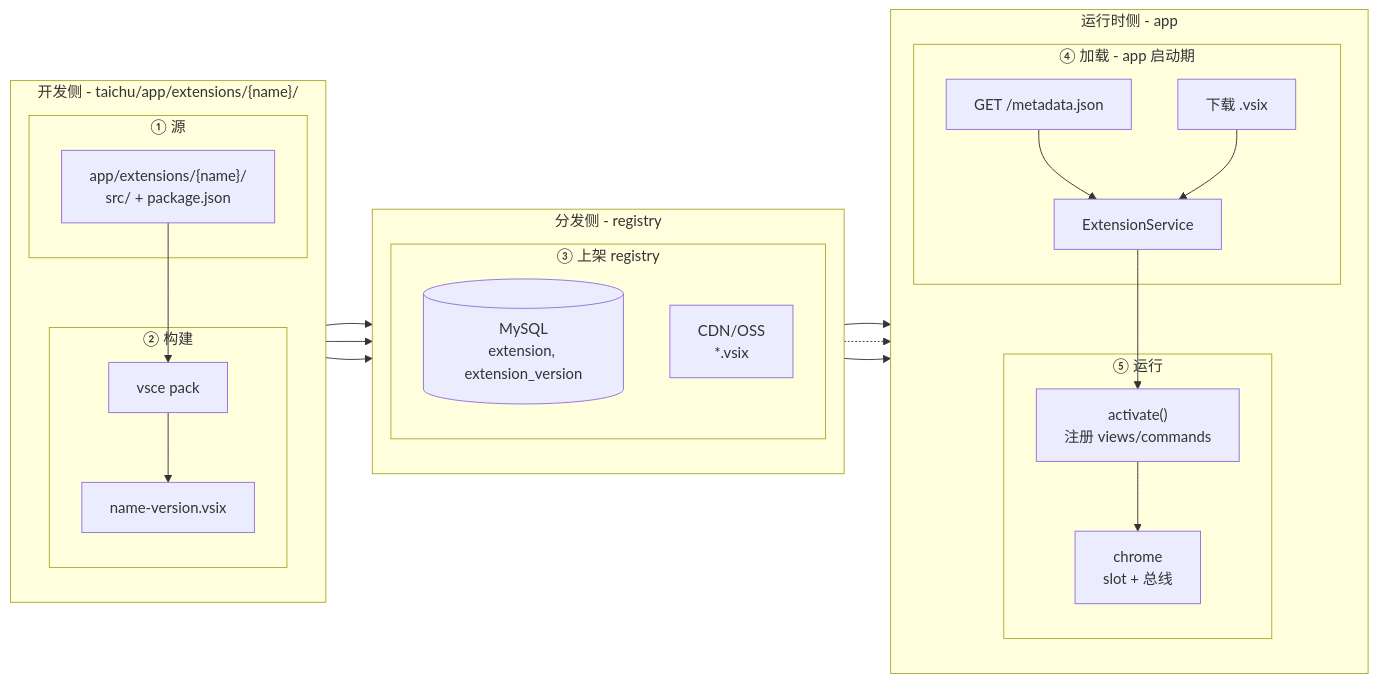
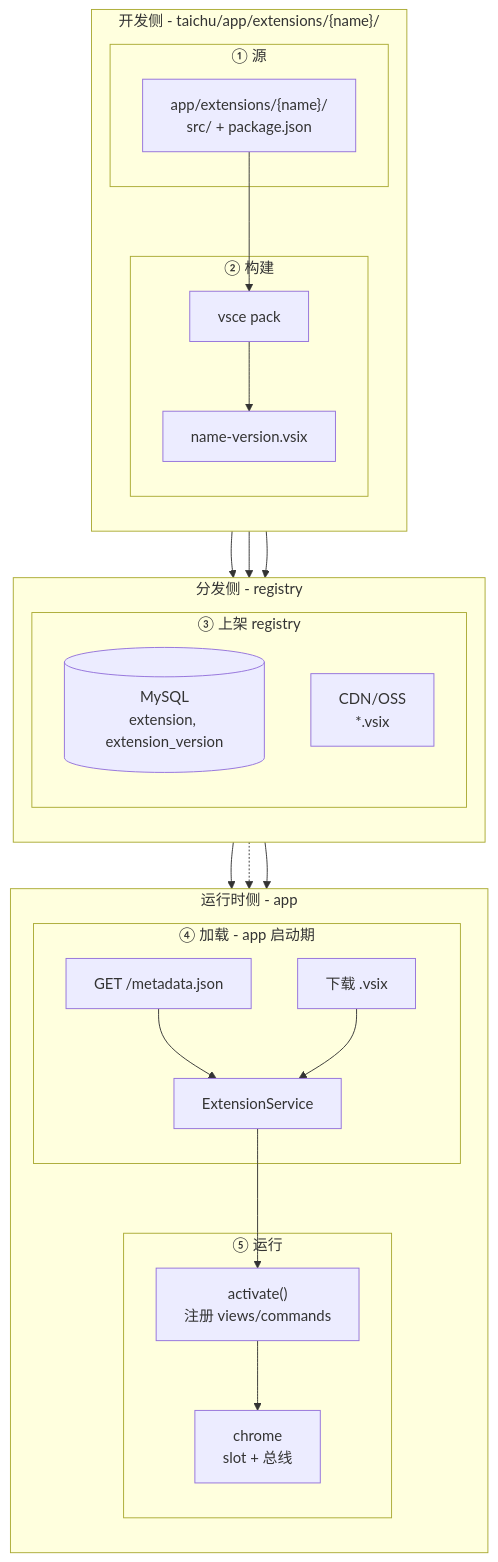
The seventh of 9 diagrams in 架构设计.md (weizuxiao911/honghuang), drawn with Mermaid before and after one commit. The commit also changed other lines of this file and 1 other file, not shown here.

````diff
--- a/架构设计.md
+++ b/架构设计.md
@@ -245,50 +267,50 @@
 ```mermaid
-flowchart LR
+flowchart TD
     subgraph develop["开发侧 - taichu/app/extensions/{name}/"]
       direction TB
 
       subgraph source["① 源"]
         src["app/extensions/{name}/<br/>src/ + package.json"]
       end
 
       subgraph build["② 构建"]
         tool["vsce pack"]
         pkg["name-version.vsix"]
       end
 
       src --> tool --> pkg
     end
 
     subgraph publish_side["分发侧 - registry"]
       direction TB
 
       subgraph publish["③ 上架 registry"]
         db[("MySQL<br/>extension, extension_version")]
         cdn["CDN/OSS<br/>*.vsix"]
       end
 
       pkg --> db
       pkg --> cdn
     end
 
     subgraph runtime_side["运行时侧 - app"]
       direction TB
 
       subgraph load["④ 加载 - app 启动期"]
         meta["GET /metadata.json"]
         dl["下载 .vsix"]
         ext["ExtensionService"]
       end
 
       subgraph run["⑤ 运行"]
         act["activate()<br/>注册 views/commands"]
         chrome["chrome<br/>slot + 总线"]
       end
 
       db --> meta --> ext
       cdn -.-> dl --> ext
       ext --> act --> chrome
     end
 
     develop --> publish_side --> runtime_side
 ```
````
